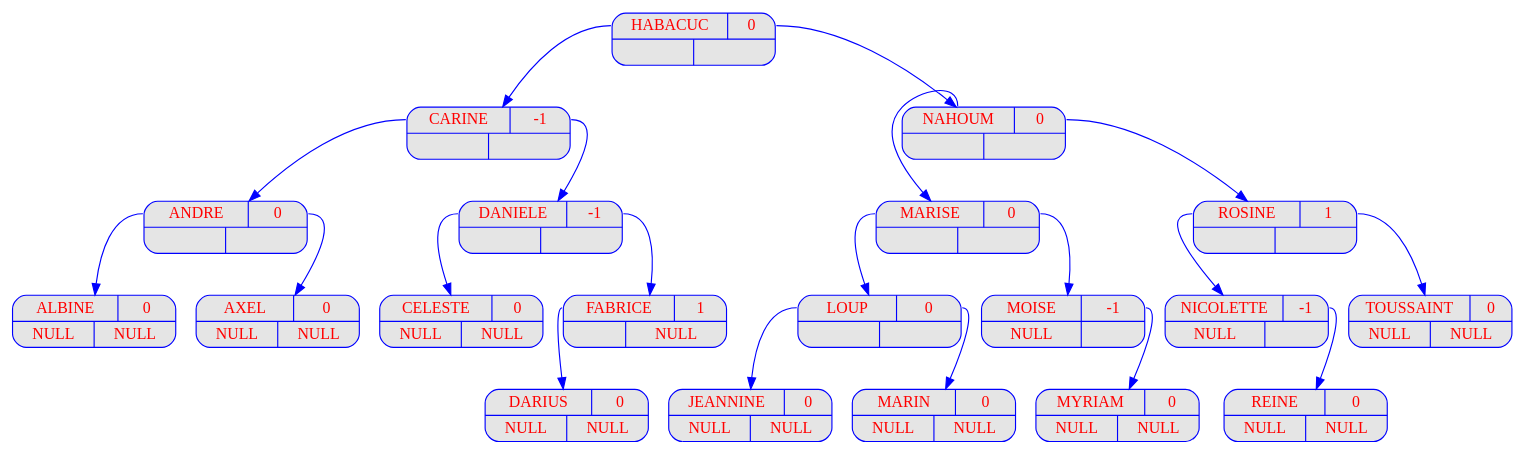
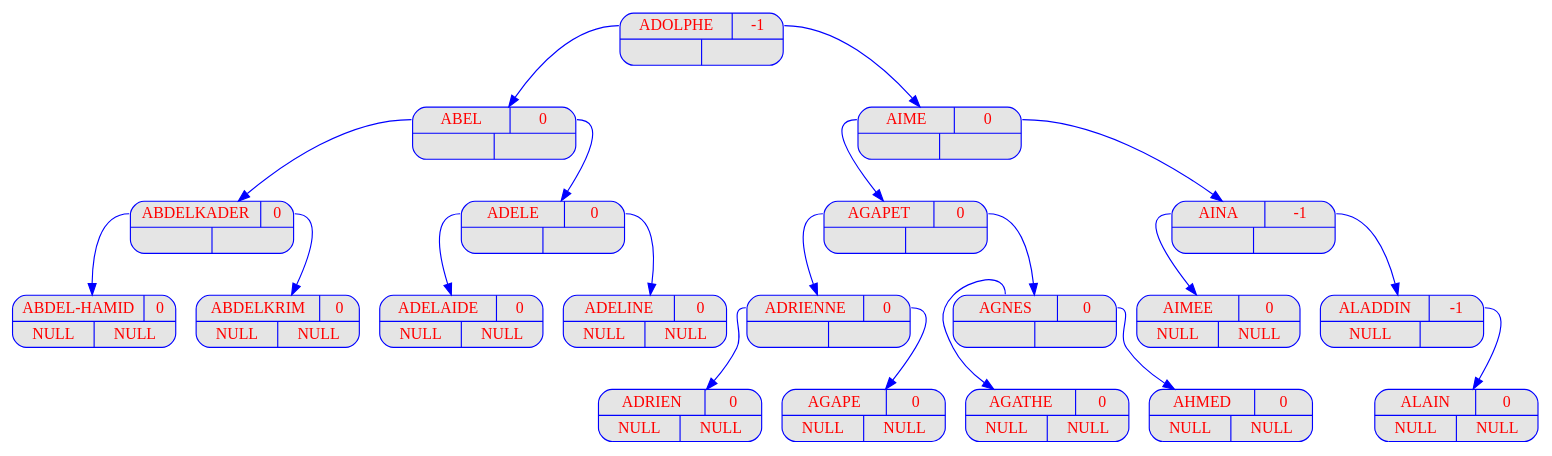
One commit to FilRougeAAP/Fil_Rouge changed the diagram in output_Prog1/dot/displayAVL_v19.dot. Above: the diagram before and after it, drawn with Graphviz. The commit also changed 212 other files, not shown here.

```diff
--- a/output_Prog1/dot/displayAVL_v19.dot
+++ b/output_Prog1/dot/displayAVL_v19.dot
@@ -1,170 +1,67 @@
 digraph displayAVL {
 	node [
 		fontname  = "Arial bold" 
 		fontsize  = "14"
 		fontcolor = "red"
 		style     = "rounded, filled"
 		shape     = "record"
 		fillcolor = "grey90"
 		color     = "blue"
 		width     = "2"
 	]
 
 	edge [
 		color     = "blue"
 	]
 
-	HABACUC
- [label = "{{<g> HABACUC
- | <d> 0 } | { <g> | <d>}}"];
-	HABACUC
-:g -> CARINE
-;
-	CARINE
- [label = "{{<g> CARINE
- | <d> -1 } | { <g> | <d>}}"];
-	CARINE
-:g -> ANDRE
-;
-	ANDRE
- [label = "{{<g> ANDRE
- | <d> 0 } | { <g> | <d>}}"];
-	ANDRE
-:g -> ALBINE
-;
-	ALBINE
- [label = "{{<g> ALBINE
- | <d> 0 } | { <g> | <d>}}"];
-	ALBINE
- [label = "{{<g> ALBINE
- | <d> 0 }| { <g> NULL | <d> NULL}}"];
-	ANDRE
-:d -> AXEL
-;
-	AXEL
- [label = "{{<g> AXEL
- | <d> 0 } | { <g> | <d>}}"];
-	AXEL
- [label = "{{<g> AXEL
- | <d> 0 }| { <g> NULL | <d> NULL}}"];
-	CARINE
-:d -> DANIELE
-;
-	DANIELE
- [label = "{{<g> DANIELE
- | <d> -1 } | { <g> | <d>}}"];
-	DANIELE
-:g -> CELESTE
-;
-	CELESTE
- [label = "{{<g> CELESTE
- | <d> 0 } | { <g> | <d>}}"];
-	CELESTE
- [label = "{{<g> CELESTE
- | <d> 0 }| { <g> NULL | <d> NULL}}"];
-	DANIELE
-:d -> FABRICE
-;
-	FABRICE
- [label = "{{<g> FABRICE
- | <d> 1 } | { <g> | <d>}}"];
-	FABRICE
- [label = "{{<g> FABRICE
- | <d> 1 }| { <g> | <d> NULL}}"];
-	FABRICE
-:g -> DARIUS
-;
-	DARIUS
- [label = "{{<g> DARIUS
- | <d> 0 } | { <g> | <d>}}"];
-	DARIUS
- [label = "{{<g> DARIUS
- | <d> 0 }| { <g> NULL | <d> NULL}}"];
-	HABACUC
-:d -> NAHOUM
-;
-	NAHOUM
- [label = "{{<g> NAHOUM
- | <d> 0 } | { <g> | <d>}}"];
-	NAHOUM
-:g -> MARISE
-;
-	MARISE
- [label = "{{<g> MARISE
- | <d> 0 } | { <g> | <d>}}"];
-	MARISE
-:g -> LOUP
-;
-	LOUP
- [label = "{{<g> LOUP
- | <d> 0 } | { <g> | <d>}}"];
-	LOUP
-:g -> JEANNINE
-;
-	JEANNINE
- [label = "{{<g> JEANNINE
- | <d> 0 } | { <g> | <d>}}"];
-	JEANNINE
- [label = "{{<g> JEANNINE
- | <d> 0 }| { <g> NULL | <d> NULL}}"];
-	LOUP
-:d -> MARIN
-;
-	MARIN
- [label = "{{<g> MARIN
- | <d> 0 } | { <g> | <d>}}"];
-	MARIN
- [label = "{{<g> MARIN
- | <d> 0 }| { <g> NULL | <d> NULL}}"];
-	MARISE
-:d -> MOISE
-;
-	MOISE
- [label = "{{<g> MOISE
- | <d> -1 } | { <g> | <d>}}"];
-	MOISE
- [label = "{{<g> MOISE
- | <d> -1 }| { <g> NULL | <d> }}"];
-	MOISE
-:d -> MYRIAM
-;
-	MYRIAM
- [label = "{{<g> MYRIAM
- | <d> 0 } | { <g> | <d>}}"];
-	MYRIAM
- [label = "{{<g> MYRIAM
- | <d> 0 }| { <g> NULL | <d> NULL}}"];
-	NAHOUM
-:d -> ROSINE
-;
-	ROSINE
- [label = "{{<g> ROSINE
- | <d> 1 } | { <g> | <d>}}"];
-	ROSINE
-:g -> NICOLETTE
-;
-	NICOLETTE
- [label = "{{<g> NICOLETTE
- | <d> -1 } | { <g> | <d>}}"];
-	NICOLETTE
- [label = "{{<g> NICOLETTE
- | <d> -1 }| { <g> NULL | <d> }}"];
-	NICOLETTE
-:d -> REINE
-;
-	REINE
- [label = "{{<g> REINE
- | <d> 0 } | { <g> | <d>}}"];
-	REINE
- [label = "{{<g> REINE
- | <d> 0 }| { <g> NULL | <d> NULL}}"];
-	ROSINE
-:d -> TOUSSAINT
-;
-	TOUSSAINT
- [label = "{{<g> TOUSSAINT
- | <d> 0 } | { <g> | <d>}}"];
-	TOUSSAINT
- [label = "{{<g> TOUSSAINT
- | <d> 0 }| { <g> NULL | <d> NULL}}"];
+	"ADOLPHE" [label = "{{<g> ADOLPHE | <d> -1 } | { <g> | <d>}}"];
+	"ADOLPHE":g -> "ABEL";
+	"ABEL" [label = "{{<g> ABEL | <d> 0 } | { <g> | <d>}}"];
+	"ABEL":g -> "ABDELKADER";
+	"ABDELKADER" [label = "{{<g> ABDELKADER | <d> 0 } | { <g> | <d>}}"];
+	"ABDELKADER":g -> "ABDEL-HAMID";
+	"ABDEL-HAMID" [label = "{{<g> ABDEL-HAMID | <d> 0 } | { <g> | <d>}}"];
+	"ABDEL-HAMID" [label = "{{<g> ABDEL-HAMID | <d> 0 }| { <g> NULL | <d> NULL}}"];
+	"ABDELKADER":d -> "ABDELKRIM";
+	"ABDELKRIM" [label = "{{<g> ABDELKRIM | <d> 0 } | { <g> | <d>}}"];
+	"ABDELKRIM" [label = "{{<g> ABDELKRIM | <d> 0 }| { <g> NULL | <d> NULL}}"];
+	"ABEL":d -> "ADELE";
+	"ADELE" [label = "{{<g> ADELE | <d> 0 } | { <g> | <d>}}"];
+	"ADELE":g -> "ADELAIDE";
+	"ADELAIDE" [label = "{{<g> ADELAIDE | <d> 0 } | { <g> | <d>}}"];
+	"ADELAIDE" [label = "{{<g> ADELAIDE | <d> 0 }| { <g> NULL | <d> NULL}}"];
+	"ADELE":d -> "ADELINE";
+	"ADELINE" [label = "{{<g> ADELINE | <d> 0 } | { <g> | <d>}}"];
+	"ADELINE" [label = "{{<g> ADELINE | <d> 0 }| { <g> NULL | <d> NULL}}"];
+	"ADOLPHE":d -> "AIME";
+	"AIME" [label = "{{<g> AIME | <d> 0 } | { <g> | <d>}}"];
+	"AIME":g -> "AGAPET";
+	"AGAPET" [label = "{{<g> AGAPET | <d> 0 } | { <g> | <d>}}"];
+	"AGAPET":g -> "ADRIENNE";
+	"ADRIENNE" [label = "{{<g> ADRIENNE | <d> 0 } | { <g> | <d>}}"];
+	"ADRIENNE":g -> "ADRIEN";
+	"ADRIEN" [label = "{{<g> ADRIEN | <d> 0 } | { <g> | <d>}}"];
+	"ADRIEN" [label = "{{<g> ADRIEN | <d> 0 }| { <g> NULL | <d> NULL}}"];
+	"ADRIENNE":d -> "AGAPE";
+	"AGAPE" [label = "{{<g> AGAPE | <d> 0 } | { <g> | <d>}}"];
+	"AGAPE" [label = "{{<g> AGAPE | <d> 0 }| { <g> NULL | <d> NULL}}"];
+	"AGAPET":d -> "AGNES";
+	"AGNES" [label = "{{<g> AGNES | <d> 0 } | { <g> | <d>}}"];
+	"AGNES":g -> "AGATHE";
+	"AGATHE" [label = "{{<g> AGATHE | <d> 0 } | { <g> | <d>}}"];
+	"AGATHE" [label = "{{<g> AGATHE | <d> 0 }| { <g> NULL | <d> NULL}}"];
+	"AGNES":d -> "AHMED";
+	"AHMED" [label = "{{<g> AHMED | <d> 0 } | { <g> | <d>}}"];
+	"AHMED" [label = "{{<g> AHMED | <d> 0 }| { <g> NULL | <d> NULL}}"];
+	"AIME":d -> "AINA";
+	"AINA" [label = "{{<g> AINA | <d> -1 } | { <g> | <d>}}"];
+	"AINA":g -> "AIMEE";
+	"AIMEE" [label = "{{<g> AIMEE | <d> 0 } | { <g> | <d>}}"];
+	"AIMEE" [label = "{{<g> AIMEE | <d> 0 }| { <g> NULL | <d> NULL}}"];
+	"AINA":d -> "ALADDIN";
+	"ALADDIN" [label = "{{<g> ALADDIN | <d> -1 } | { <g> | <d>}}"];
+	"ALADDIN" [label = "{{<g> ALADDIN | <d> -1 }| { <g> NULL | <d> }}"];
+	"ALADDIN":d -> "ALAIN";
+	"ALAIN" [label = "{{<g> ALAIN | <d> 0 } | { <g> | <d>}}"];
+	"ALAIN" [label = "{{<g> ALAIN | <d> 0 }| { <g> NULL | <d> NULL}}"];
 }
```
